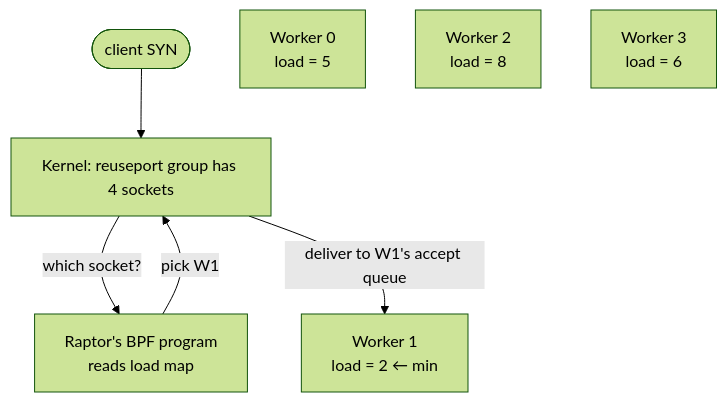
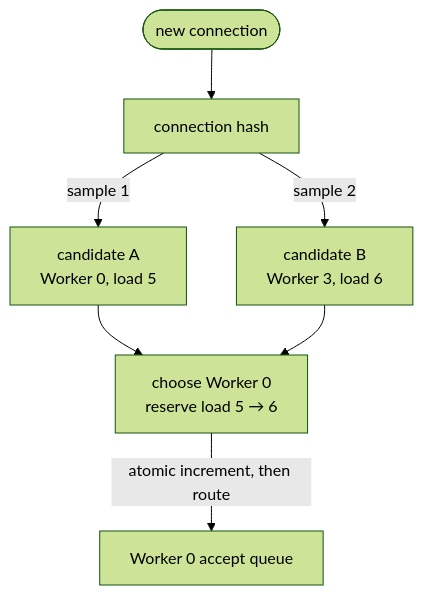
Before and after one commit to joshuay03/raptor: diagram 12 of 14 in docs/brisrails-talk.md, drawn with Mermaid (forest theme). The commit also changed other lines of this file and 1 other file, not shown here.

Commit message:
Refresh the architecture docs

````diff
--- a/docs/brisrails-talk.md
+++ b/docs/brisrails-talk.md
@@ -1855,15 +1850,16 @@
 ```mermaid
 flowchart TB
-    Client(["client SYN"])
-    K["Kernel: reuseport group has 4 sockets"]
-    BPF["Raptor's BPF program<br/>reads load map"]
-    W0["Worker 0<br/>load = 5"]
-    W1["Worker 1<br/>load = 2 ← min"]
-    W2["Worker 2<br/>load = 8"]
-    W3["Worker 3<br/>load = 6"]
+    Client(["new connection"])
+    Hash["connection hash"]
+    A["candidate A<br/>Worker 0, load 5"]
+    B["candidate B<br/>Worker 3, load 6"]
+    Pick["choose Worker 0<br/>reserve load 5 → 6"]
+    Queue["Worker 0 accept queue"]
 
-    Client --> K
-    K -->|"which socket?"| BPF
-    BPF -->|"pick W1"| K
-    K -->|"deliver to W1's accept queue"| W1
+    Client --> Hash
+    Hash -->|"sample 1"| A
+    Hash -->|"sample 2"| B
+    A --> Pick
+    B --> Pick
+    Pick -->|"atomic increment, then route"| Queue
 ```
````
